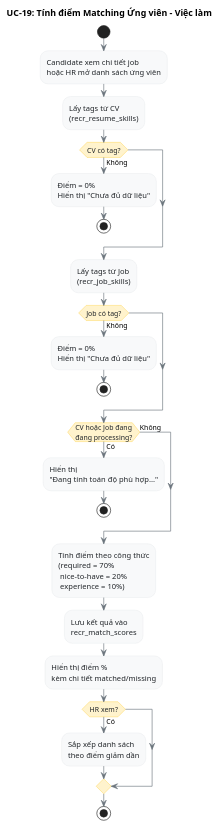
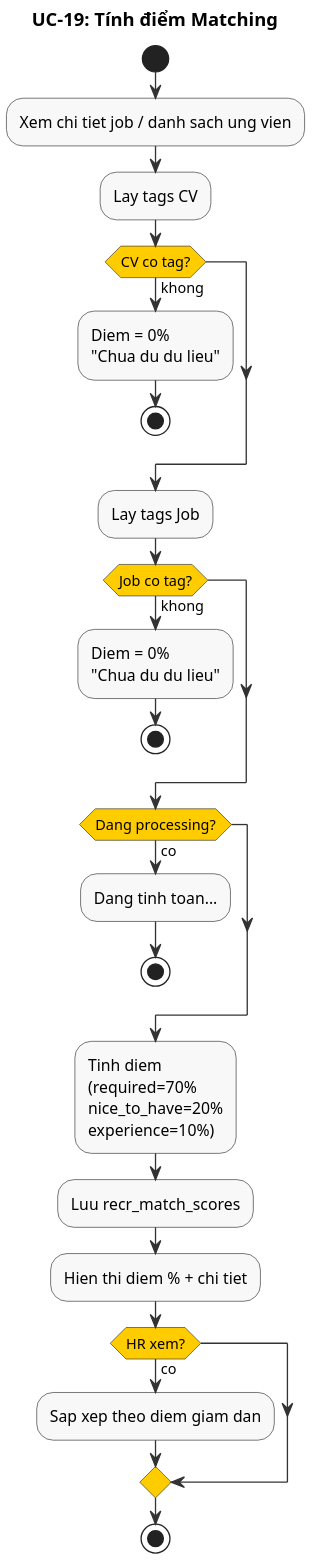
One commit to namnh240795/document changed the diagram in modules/recr/diagrams/activity/uc19-matching-score-activity.puml. Above: the diagram before and after it, drawn with PlantUML. The commit also changed 23 other files, not shown here.

First line of the commit message:
refactor(recr): standardize diagram style for UC-16 to UC-19

```diff
--- a/modules/recr/diagrams/activity/uc19-matching-score-activity.puml
+++ b/modules/recr/diagrams/activity/uc19-matching-score-activity.puml
@@ -1,46 +1,49 @@
-@startuml uc19-matching-score-activity
-title UC-19: Tính điểm Matching Ứng viên - Việc làm
-skinparam activityBackgroundColor #f8f9fa
-skinparam activityBorderColor #dee2e6
-skinparam activityFontColor #212529
-skinparam activityDiamondBackgroundColor #fff3cd
-skinparam activityDiamondBorderColor #ffc107
-skinparam arrowColor #6c757d
+@startuml
+' UC-19: Tính điểm Matching - Sơ đồ Hoạt động
+skinparam dpi 200
+skinparam activity {
+  BackgroundColor #F8F8F8
+  BorderColor #333333
+  ArrowColor #333333
+  DiamondBackgroundColor #FFCC00
+  DiamondBorderColor #333333
+}
+
+title UC-19: Tính điểm Matching
 
 start
 
-:Candidate xem chi tiết job\nhoặc HR mở danh sách ứng viên;
+:Xem chi tiet job / danh sach ung vien;
 
-:Lấy tags từ CV\n(recr_resume_skills);
+:Lay tags CV;
 
-if (CV có tag?) then (Không)
-  :Điểm = 0%\nHiển thị "Chưa đủ dữ liệu";
+if (CV co tag?) then (khong)
+  :Diem = 0%\n"Chua du du lieu";
   stop
 endif
 
-:Lấy tags từ Job\n(recr_job_skills);
+:Lay tags Job;
 
-if (Job có tag?) then (Không)
-  :Điểm = 0%\nHiển thị "Chưa đủ dữ liệu";
+if (Job co tag?) then (khong)
+  :Diem = 0%\n"Chua du du lieu";
   stop
 endif
 
-if (CV hoặc Job đang\nđang processing?) then (Có)
-  :Hiển thị\n"Đang tính toán độ phù hợp...";
+if (Dang processing?) then (co)
+  :Dang tinh toan...;
   stop
-else (Không)
 endif
 
-:Tính điểm theo công thức\n(required = 70%\n nice-to-have = 20%\n experience = 10%);
+:Tinh diem\n(required=70%\nnice_to_have=20%\nexperience=10%);
 
-:Lưu kết quả vào\nrecr_match_scores;
+:Luu recr_match_scores;
 
-:Hiển thị điểm %\nkèm chi tiết matched/missing;
+:Hien thi diem % + chi tiet;
 
-if (HR xem?) then (Có)
-  :Sắp xếp danh sách\ntheo điểm giảm dần;
+if (HR xem?) then (co)
+  :Sap xep theo diem giam dan;
 endif
 
 stop
 
 @enduml
```
